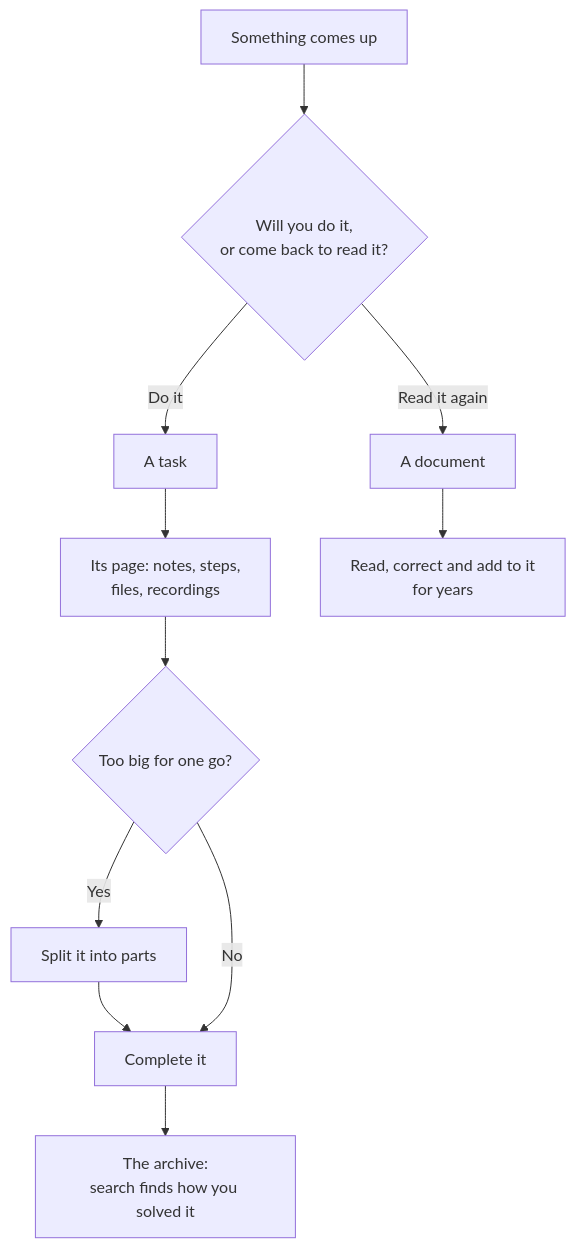
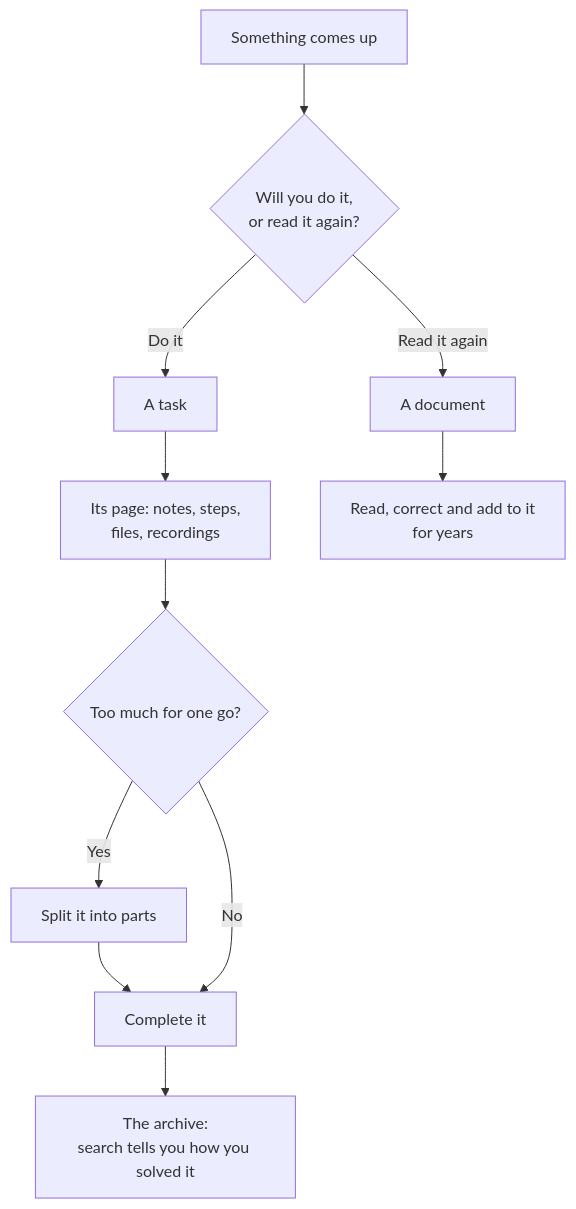
One commit to rgdevment/Tisty changed the first of 4 diagrams in app/src-tauri/resources/guide/en/guide.md. Above: the diagram before and after it, drawn with Mermaid. The commit also changed other lines of this file and 7 other files, not shown here.

````diff
--- a/app/src-tauri/resources/guide/en/guide.md
+++ b/app/src-tauri/resources/guide/en/guide.md
@@ -34,13 +26,13 @@
 ```mermaid
 flowchart TD
-  A[Something comes up] --> B{Will you do it,<br/>or come back to read it?}
+  A[Something comes up] --> B{Will you do it,<br/>or read it again?}
   B -->|Do it| T[A task]
   B -->|Read it again| D[A document]
   T --> P[Its page: notes, steps,<br/>files, recordings]
-  P --> S{Too big for one go?}
+  P --> S{Too much for one go?}
   S -->|Yes| K[Split it into parts]
   K --> C
   S -->|No| C[Complete it]
-  C --> R[The archive:<br/>search finds how you solved it]
+  C --> R[The archive:<br/>search tells you how you solved it]
   D --> G[Read, correct and add to it<br/>for years]
 ```
````
